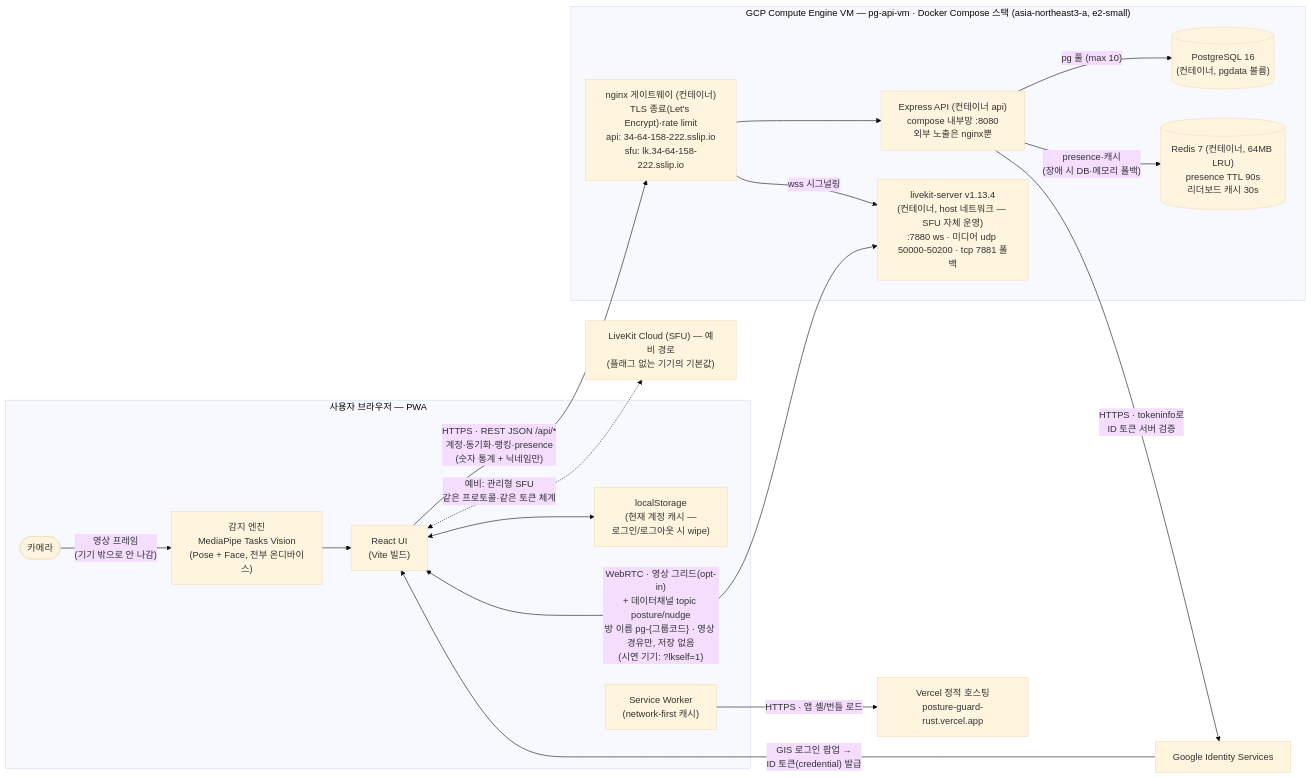
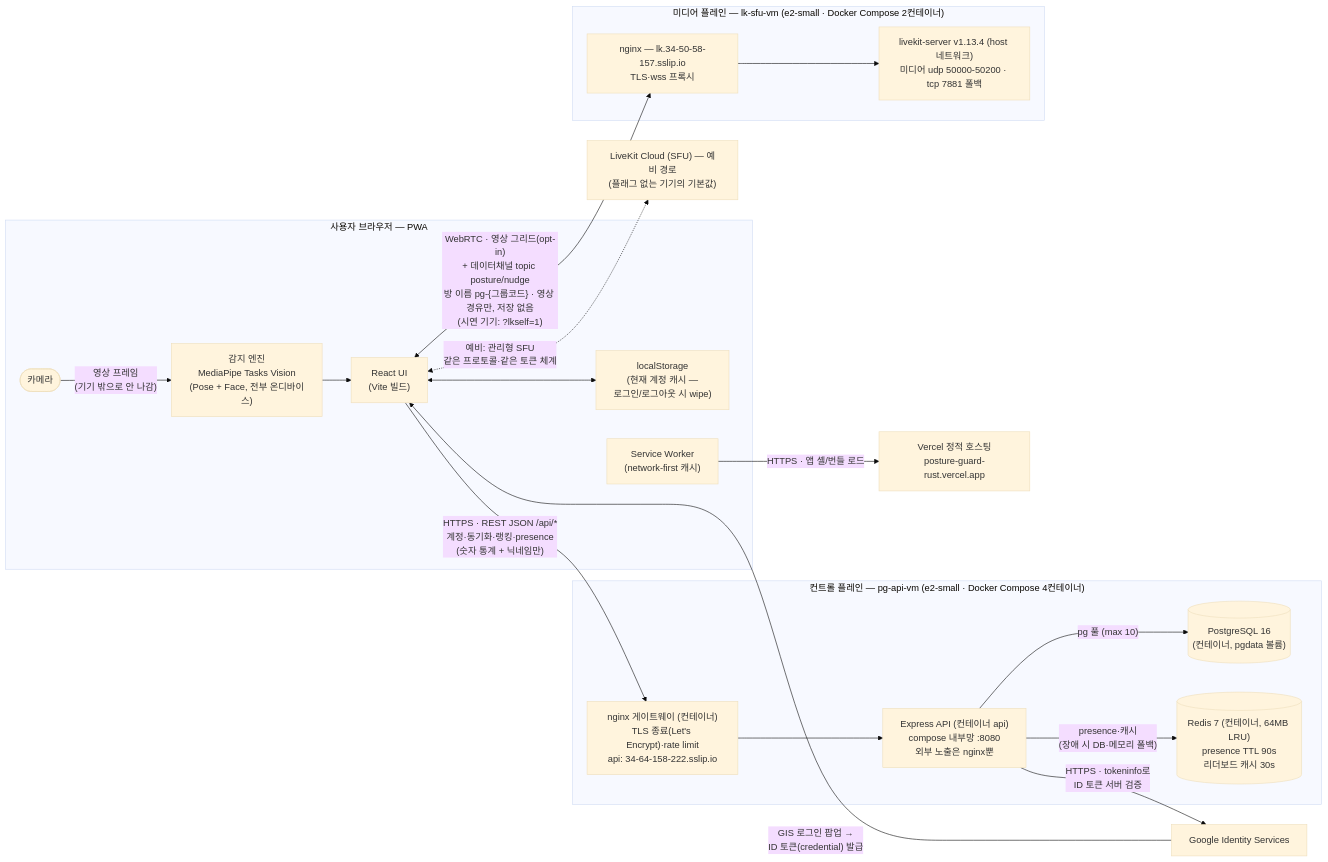
Before and after one commit to jungwon123/posture-guard: the first of 4 diagrams in docs/시스템-아키텍처.md, drawn with Mermaid (base theme). The commit also changed other lines of this file and 11 other files, not shown here.

First line of the commit message:
infra: 미디어 플레인 분리 — SFU 전용 VM(lk-sfu-vm, infra-lk/) + 컨트롤 플레인에서 livekit 제거

````diff
--- a/docs/시스템-아키텍처.md
+++ b/docs/시스템-아키텍처.md
@@ -11,39 +11,43 @@
 ```mermaid
 flowchart LR
   subgraph CLIENT["사용자 브라우저 — PWA"]
     UI["React UI<br/>(Vite 빌드)"]
     ENGINE["감지 엔진<br/>MediaPipe Tasks Vision<br/>(Pose + Face, 전부 온디바이스)"]
     LS["localStorage<br/>(현재 계정 캐시 —<br/>로그인/로그아웃 시 wipe)"]
     SW["Service Worker<br/>(network-first 캐시)"]
     CAM(["카메라"])
     CAM -- "영상 프레임<br/>(기기 밖으로 안 나감)" --> ENGINE
     ENGINE --> UI
     UI <--> LS
   end
 
   VERCEL["Vercel 정적 호스팅<br/>posture-guard-rust.vercel.app"]
   SW -- "HTTPS · 앱 셸/번들 로드" --> VERCEL
 
-  subgraph GCP["GCP Compute Engine VM — pg-api-vm · Docker Compose 스택 (asia-northeast3-a, e2-small)"]
-    NGINX["nginx 게이트웨이 (컨테이너)<br/>TLS 종료(Let's Encrypt)·rate limit<br/>api: 34-64-158-222.sslip.io<br/>sfu: lk.34-64-158-222.sslip.io"]
+  subgraph GCP["컨트롤 플레인 — pg-api-vm (e2-small · Docker Compose 4컨테이너)"]
+    NGINX["nginx 게이트웨이 (컨테이너)<br/>TLS 종료(Let's Encrypt)·rate limit<br/>api: 34-64-158-222.sslip.io"]
     API["Express API (컨테이너 api)<br/>compose 내부망 :8080<br/>외부 노출은 nginx뿐"]
     DB[("PostgreSQL 16<br/>(컨테이너, pgdata 볼륨)")]
     REDIS[("Redis 7 (컨테이너, 64MB LRU)<br/>presence TTL 90s<br/>리더보드 캐시 30s")]
-    LKS["livekit-server v1.13.4<br/>(컨테이너, host 네트워크 — SFU 자체 운영)<br/>:7880 ws · 미디어 udp 50000-50200 · tcp 7881 폴백"]
     NGINX --> API
-    NGINX -- "wss 시그널링" --> LKS
     API -- "pg 풀 (max 10)" --> DB
     API -- "presence·캐시<br/>(장애 시 DB·메모리 폴백)" --> REDIS
   end
 
+  subgraph GCP2["미디어 플레인 — lk-sfu-vm (e2-small · Docker Compose 2컨테이너)"]
+    LKNGX["nginx — lk.34-50-58-157.sslip.io<br/>TLS·wss 프록시"]
+    LKS["livekit-server v1.13.4 (host 네트워크)<br/>미디어 udp 50000-50200 · tcp 7881 폴백"]
+    LKNGX --> LKS
+  end
+
   UI -- "HTTPS · REST JSON /api/*<br/>계정·동기화·랭킹·presence<br/>(숫자 통계 + 닉네임만)" --> NGINX
 
-  UI <-->|"WebRTC · 영상 그리드(opt-in)<br/>+ 데이터채널 topic posture/nudge<br/>방 이름 pg-{그룹코드} · 영상 경유만, 저장 없음<br/>(시연 기기: ?lkself=1)"| LKS
+  UI <-->|"WebRTC · 영상 그리드(opt-in)<br/>+ 데이터채널 topic posture/nudge<br/>방 이름 pg-{그룹코드} · 영상 경유만, 저장 없음<br/>(시연 기기: ?lkself=1)"| LKNGX
 
   LK["LiveKit Cloud (SFU) — 예비 경로<br/>(플래그 없는 기기의 기본값)"]
   UI <-.->|"예비: 관리형 SFU<br/>같은 프로토콜·같은 토큰 체계"| LK
 
   GOOGLE["Google Identity Services"]
   GOOGLE -- "GIS 로그인 팝업 →<br/>ID 토큰(credential) 발급" --> UI
   API -- "HTTPS · tokeninfo로<br/>ID 토큰 서버 검증" --> GOOGLE
 ```
````
